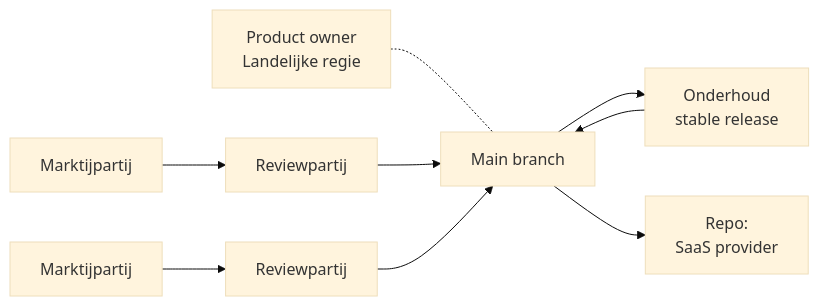
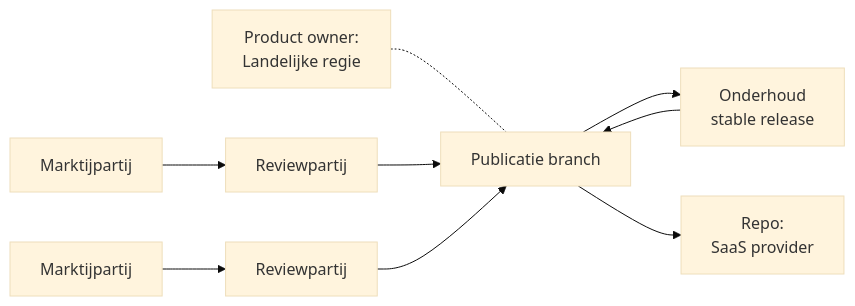
Before and after one commit to open-zaak/samenwerken: the third of 3 diagrams in stappen-openzaak/openzaak-ecosysteem.md, drawn with Mermaid (base theme). The commit also changed other lines of this file, not shown here.

````diff
--- a/stappen-openzaak/openzaak-ecosysteem.md
+++ b/stappen-openzaak/openzaak-ecosysteem.md
@@ -54,22 +54,22 @@
 ```mermaid
 graph LR
     %% Nodes
     Dev1["Marktijpartij"]
     ReviewP1["Reviewpartij"]
     Dev2["Marktijpartij"]
     Review2["Reviewpartij"]
-    Upstream["Main branch"]
-    PO["Product owner<br/>Landelijke regie"]
+    Upstream["Publicatie branch"]
+    PO["Product owner:<br/>Landelijke regie"]
     SaaS["Repo:<br/>SaaS provider"]
     Maint["Onderhoud<br/>stable release"]
 
     %% Connections
     PO -.- Upstream
     Dev1 --> ReviewP1
     ReviewP1 --> Upstream
     Dev2 --> Review2
     Review2 --> Upstream
     Upstream --> Maint
     Maint --> Upstream
     Upstream --> SaaS
 ```
````
